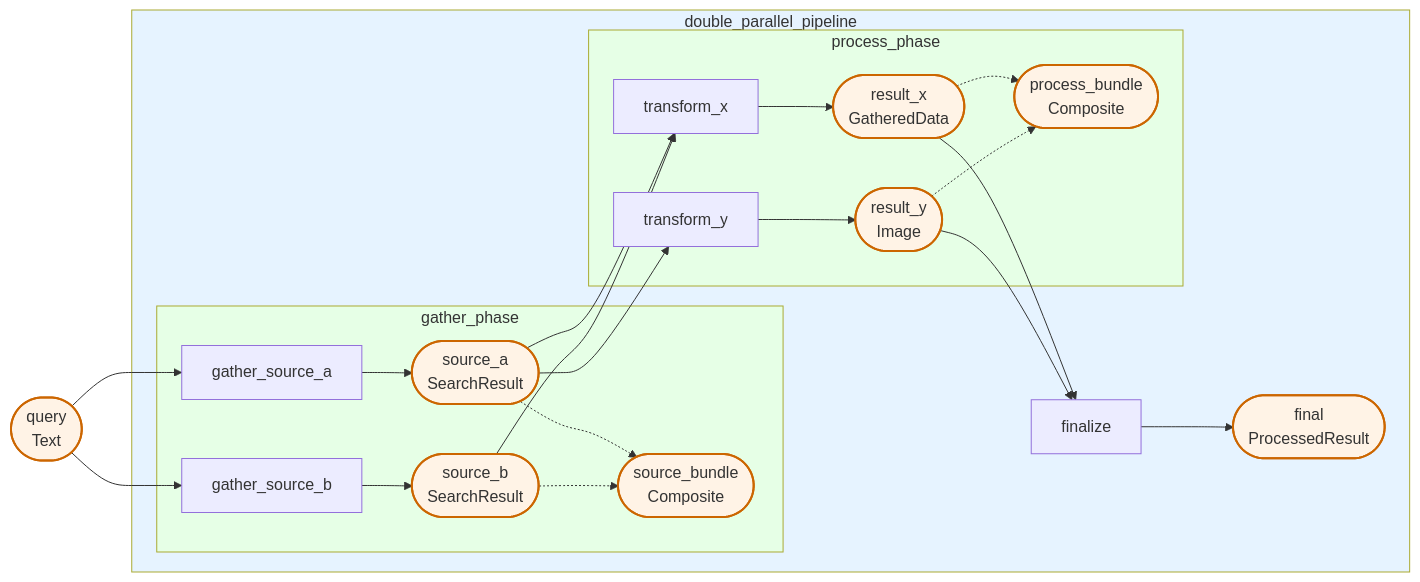
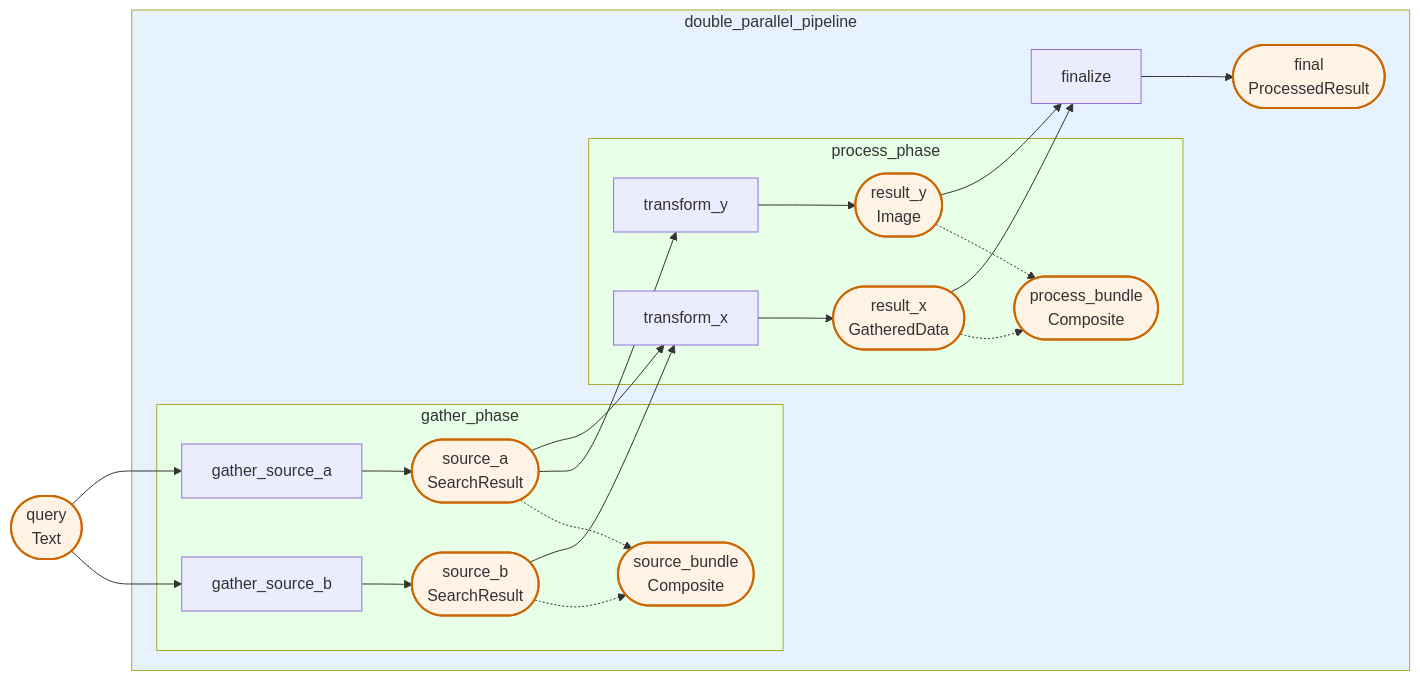
Before and after one commit to Pipelex/mthds-ui: the diagram in data/pipelines/pipeline_23/dry_run_mermaidflow.mmd, drawn with Mermaid. The commit also changed 59 other files, not shown here.

```diff
--- a/data/pipelines/pipeline_23/dry_run_mermaidflow.mmd
+++ b/data/pipelines/pipeline_23/dry_run_mermaidflow.mmd
@@ -1,54 +1,54 @@
 flowchart LR
 
     %% Pipe and stuff nodes within controller subgraphs
-    subgraph sg_n_08cf1dd881["double_parallel_pipeline"]
-        subgraph sg_n_7a09e63ee6["gather_phase"]
-            n_298ab30245["gather_source_a"]
-            s_a355ad7a3d(["source_a<br/>SearchResult"]):::stuff
-            n_0002521e92["gather_source_b"]
-            s_2757c169f3(["source_b<br/>SearchResult"]):::stuff
-            s_3b94f10321(["source_bundle<br/>Composite"]):::stuff
+    subgraph sg_n_c54631ea0a["double_parallel_pipeline"]
+        subgraph sg_n_3cb92327a8["gather_phase"]
+            n_cd2ad1903f["gather_source_a"]
+            s_046fa351e7(["source_a<br/>SearchResult"]):::stuff
+            n_a81fae90c1["gather_source_b"]
+            s_c3bb3bc52d(["source_b<br/>SearchResult"]):::stuff
+            s_73d2c5d51f(["source_bundle<br/>Composite"]):::stuff
         end
-        subgraph sg_n_646e446d10["process_phase"]
-            n_af8dc729d5["transform_x"]
-            s_9109a8974e(["result_x<br/>GatheredData"]):::stuff
-            n_1eea646cf3["transform_y"]
-            s_b966980475(["result_y<br/>Image"]):::stuff
-            s_bc835b62e1(["process_bundle<br/>Composite"]):::stuff
+        subgraph sg_n_119d66c1d5["process_phase"]
+            n_08951e12ca["transform_x"]
+            s_faaddac306(["result_x<br/>GatheredData"]):::stuff
+            n_2e163e3c83["transform_y"]
+            s_044d92b084(["result_y<br/>Image"]):::stuff
+            s_cb36b6f329(["process_bundle<br/>Composite"]):::stuff
         end
-        n_1a0a3013da["finalize"]
-        s_d5adcadcd4(["final<br/>ProcessedResult"]):::stuff
+        n_48939699d2["finalize"]
+        s_207b29de0b(["final<br/>ProcessedResult"]):::stuff
     end
 
     %% Pipeline input stuff nodes (no producer)
-    s_794af19be5(["query<br/>Text"]):::stuff
+    s_56b719bc69(["query<br/>Text"]):::stuff
 
     %% Data flow edges: producer -> stuff -> consumer
-    n_298ab30245 --> s_a355ad7a3d
-    n_1a0a3013da --> s_d5adcadcd4
-    n_0002521e92 --> s_2757c169f3
-    n_af8dc729d5 --> s_9109a8974e
-    n_1eea646cf3 --> s_b966980475
-    s_a355ad7a3d --> n_af8dc729d5
-    s_a355ad7a3d --> n_1eea646cf3
-    s_794af19be5 --> n_298ab30245
-    s_794af19be5 --> n_0002521e92
-    s_2757c169f3 --> n_af8dc729d5
-    s_9109a8974e --> n_1a0a3013da
-    s_b966980475 --> n_1a0a3013da
+    n_08951e12ca --> s_faaddac306
+    n_a81fae90c1 --> s_c3bb3bc52d
+    n_48939699d2 --> s_207b29de0b
+    n_cd2ad1903f --> s_046fa351e7
+    n_2e163e3c83 --> s_044d92b084
+    s_faaddac306 --> n_48939699d2
+    s_56b719bc69 --> n_cd2ad1903f
+    s_56b719bc69 --> n_a81fae90c1
+    s_c3bb3bc52d --> n_08951e12ca
+    s_046fa351e7 --> n_08951e12ca
+    s_046fa351e7 --> n_2e163e3c83
+    s_044d92b084 --> n_48939699d2
 
     %% Parallel combine edges: branch outputs → combined output
-    s_a355ad7a3d -.-> s_3b94f10321
-    s_2757c169f3 -.-> s_3b94f10321
-    s_9109a8974e -.-> s_bc835b62e1
-    s_b966980475 -.-> s_bc835b62e1
+    s_046fa351e7 -.-> s_73d2c5d51f
+    s_c3bb3bc52d -.-> s_73d2c5d51f
+    s_faaddac306 -.-> s_cb36b6f329
+    s_044d92b084 -.-> s_cb36b6f329
 
     %% Style definitions
     classDef failed fill:#ffcccc,stroke:#cc0000
     classDef stuff fill:#fff3e6,stroke:#cc6600,stroke-width:2px
     classDef controller fill:#e6f3ff,stroke:#0066cc
 
     %% Subgraph depth-based coloring
-    style sg_n_08cf1dd881 fill:#e6f3ff
-    style sg_n_646e446d10 fill:#e6ffe6
-    style sg_n_7a09e63ee6 fill:#e6ffe6
+    style sg_n_119d66c1d5 fill:#e6ffe6
+    style sg_n_3cb92327a8 fill:#e6ffe6
+    style sg_n_c54631ea0a fill:#e6f3ff
```
